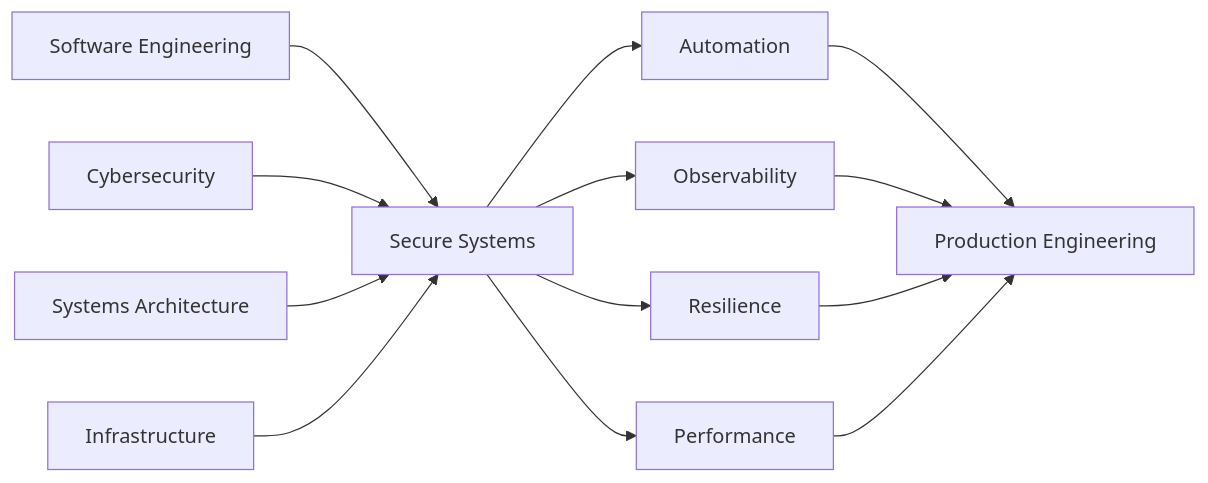
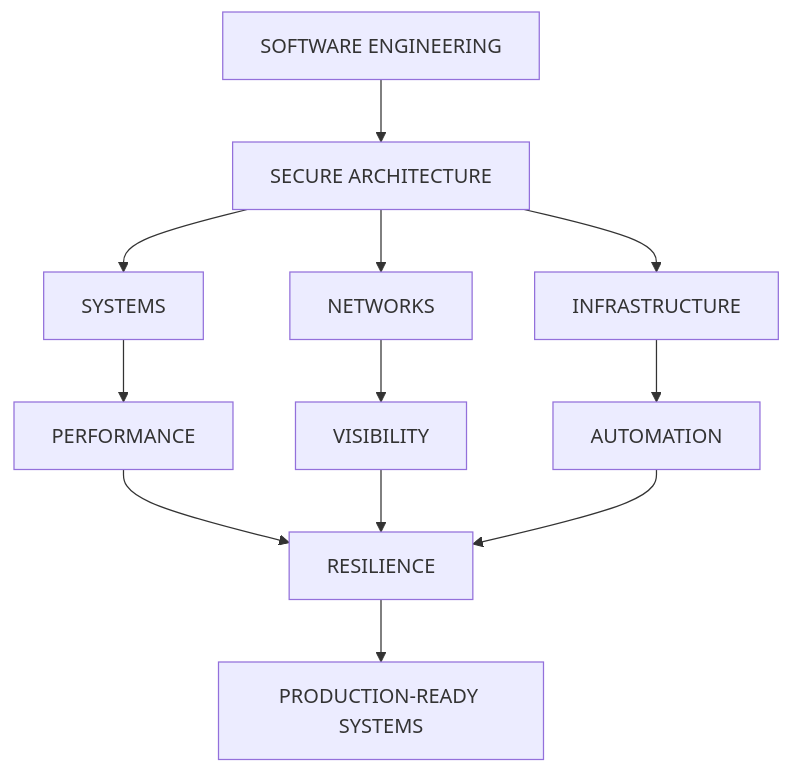
Before and after one commit to mr-coder20/mr-coder20: the diagram in README.md, drawn with Mermaid. The commit also changed other lines of this file, not shown here.

````diff
--- a/README.md
+++ b/README.md
@@ -236,17 +243,19 @@
 ```mermaid
-flowchart LR
-    A[Software Engineering] --> E[Secure Systems]
-    B[Cybersecurity] --> E
-    C[Systems Architecture] --> E
-    D[Infrastructure] --> E
+flowchart TB
 
-    E --> F[Automation]
-    E --> G[Observability]
-    E --> H[Resilience]
-    E --> I[Performance]
+    A["SOFTWARE ENGINEERING"] --> B["SECURE ARCHITECTURE"]
 
-    F --> J[Production Engineering]
-    G --> J
-    H --> J
-    I --> J
+    B --> C["SYSTEMS"]
+    B --> D["NETWORKS"]
+    B --> E["INFRASTRUCTURE"]
+
+    C --> F["PERFORMANCE"]
+    D --> G["VISIBILITY"]
+    E --> H["AUTOMATION"]
+
+    F --> I["RESILIENCE"]
+    G --> I
+    H --> I
+
+    I --> J["PRODUCTION-READY SYSTEMS"]
 ```
````
